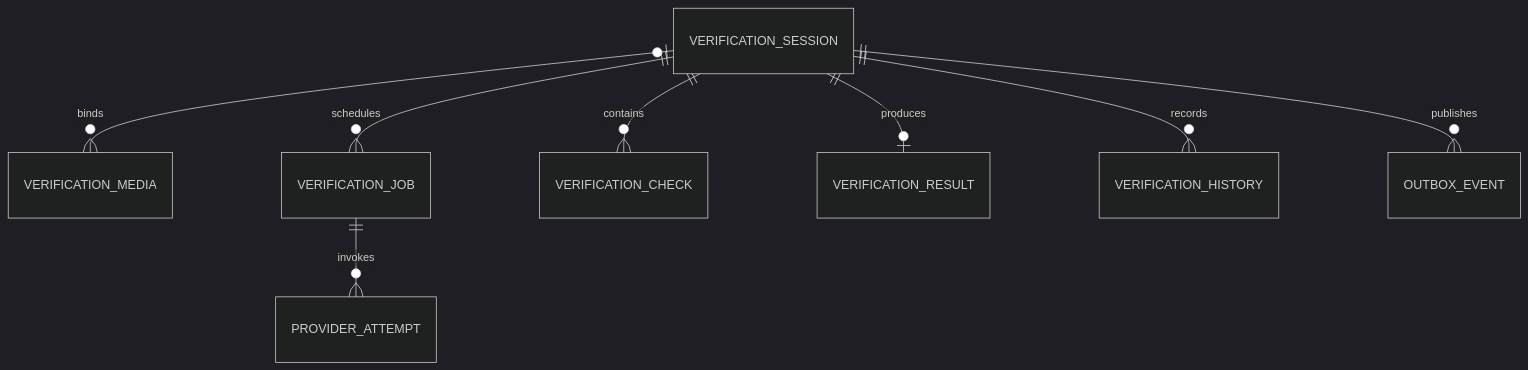
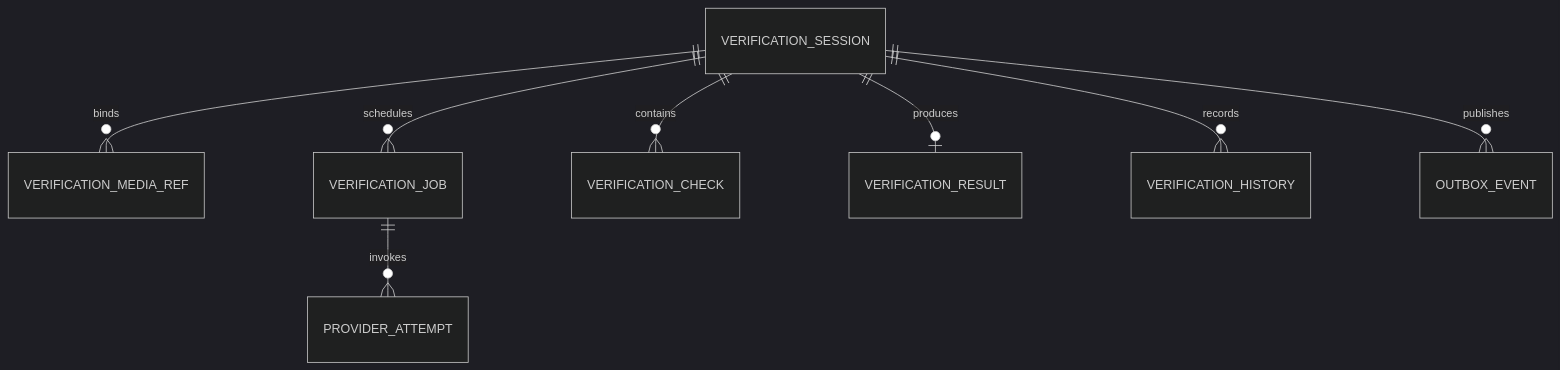
Before and after one commit to huynv-xyz/vhm: the eighth of 8 diagrams in noxh.md, drawn with Mermaid (dark theme). The commit also changed other lines of this file, not shown here.

````diff
--- a/noxh.md
+++ b/noxh.md
@@ -605,10 +599,10 @@
 ```mermaid
 erDiagram
-    VERIFICATION_SESSION o|--o{ VERIFICATION_MEDIA : binds
+    VERIFICATION_SESSION ||--o{ VERIFICATION_MEDIA_REF : binds
     VERIFICATION_SESSION ||--o{ VERIFICATION_JOB : schedules
     VERIFICATION_JOB ||--o{ PROVIDER_ATTEMPT : invokes
     VERIFICATION_SESSION ||--o{ VERIFICATION_CHECK : contains
     VERIFICATION_SESSION ||--o| VERIFICATION_RESULT : produces
     VERIFICATION_SESSION ||--o{ VERIFICATION_HISTORY : records
     VERIFICATION_SESSION ||--o{ OUTBOX_EVENT : publishes
 ```
````
